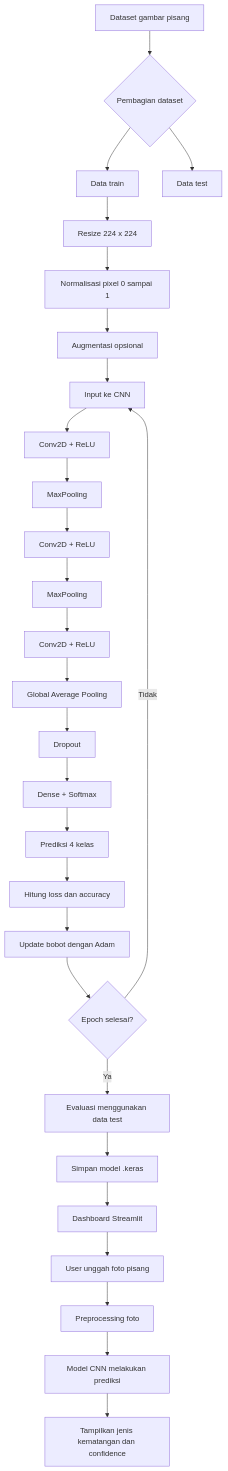
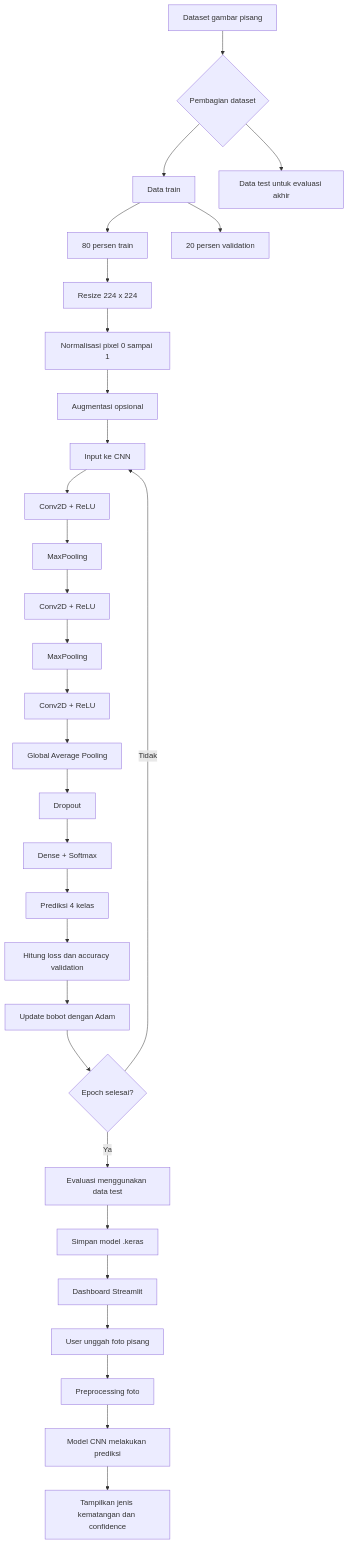
One commit to SoviaLearner/bananasense changed the diagram in docs/flowchart-cnn.md. Above: the diagram before and after it, drawn with Mermaid. The commit also changed 15 other files, not shown here.

````diff
--- a/docs/flowchart-cnn.md
+++ b/docs/flowchart-cnn.md
@@ -5,34 +5,36 @@
 ```mermaid
 flowchart TD
     A[Dataset gambar pisang] --> B{Pembagian dataset}
     B --> C[Data train]
-    B --> D[Data test]
+    C --> C1[80 persen train]
+    C --> C2[20 persen validation]
+    B --> D[Data test untuk evaluasi akhir]
 
-    C --> E[Resize 224 x 224]
+    C1 --> E[Resize 224 x 224]
     E --> F[Normalisasi pixel 0 sampai 1]
     F --> G[Augmentasi opsional]
     G --> H[Input ke CNN]
 
     H --> I[Conv2D + ReLU]
     I --> J[MaxPooling]
     J --> K[Conv2D + ReLU]
     K --> L[MaxPooling]
     L --> M[Conv2D + ReLU]
     M --> N[Global Average Pooling]
     N --> O[Dropout]
     O --> P[Dense + Softmax]
     P --> Q[Prediksi 4 kelas]
 
-    Q --> R[Hitung loss dan accuracy]
+    Q --> R[Hitung loss dan accuracy validation]
     R --> S[Update bobot dengan Adam]
     S --> T{Epoch selesai?}
     T -- Tidak --> H
     T -- Ya --> U[Evaluasi menggunakan data test]
     U --> V[Simpan model .keras]
 
     V --> W[Dashboard Streamlit]
     W --> X[User unggah foto pisang]
     X --> Y[Preprocessing foto]
     Y --> Z[Model CNN melakukan prediksi]
     Z --> AA[Tampilkan jenis kematangan dan confidence]
 ```
````
